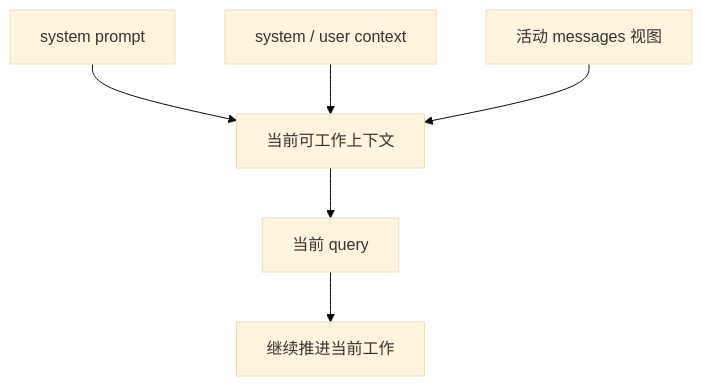
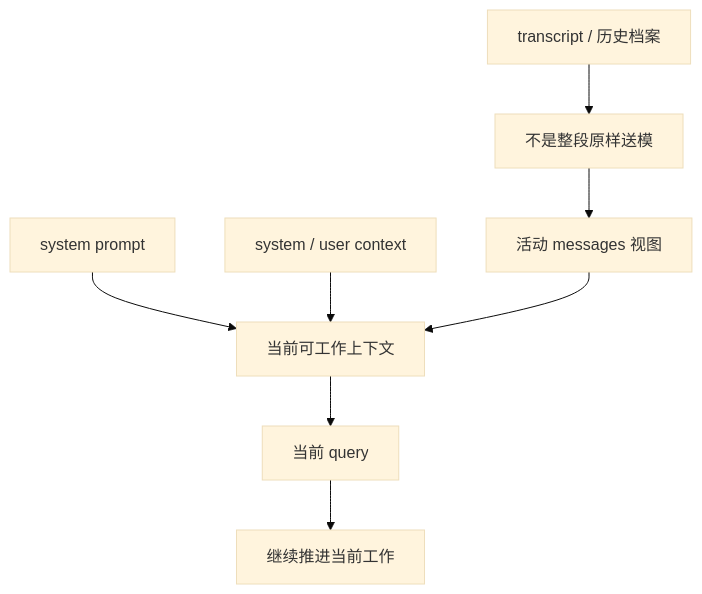
One commit to T0UGH/claude-code-source-guide changed the diagram in docs/guidebookv2/volume-4/03-how-the-current-workable-context-is-assembled.md. Above: the diagram before and after it, drawn with Mermaid (base theme). The commit also changed 9 other files, not shown here.

````diff
--- a/docs/guidebookv2/volume-4/03-how-the-current-workable-context-is-assembled.md
+++ b/docs/guidebookv2/volume-4/03-how-the-current-workable-context-is-assembled.md
@@ -31,8 +31,10 @@
 ```mermaid
 flowchart TD
-    A[system prompt] --> D[当前可工作上下文]
-    B[system / user context] --> D
-    C[活动 messages 视图] --> D
-    D --> E[当前 query]
-    E --> F[继续推进当前工作]
+    A[transcript / 历史档案] --> B[不是整段原样送模]
+    C[system prompt] --> F[当前可工作上下文]
+    D[system / user context] --> F
+    E[活动 messages 视图] --> F
+    B --> E
+    F --> G[当前 query]
+    G --> H[继续推进当前工作]
 ```
````
